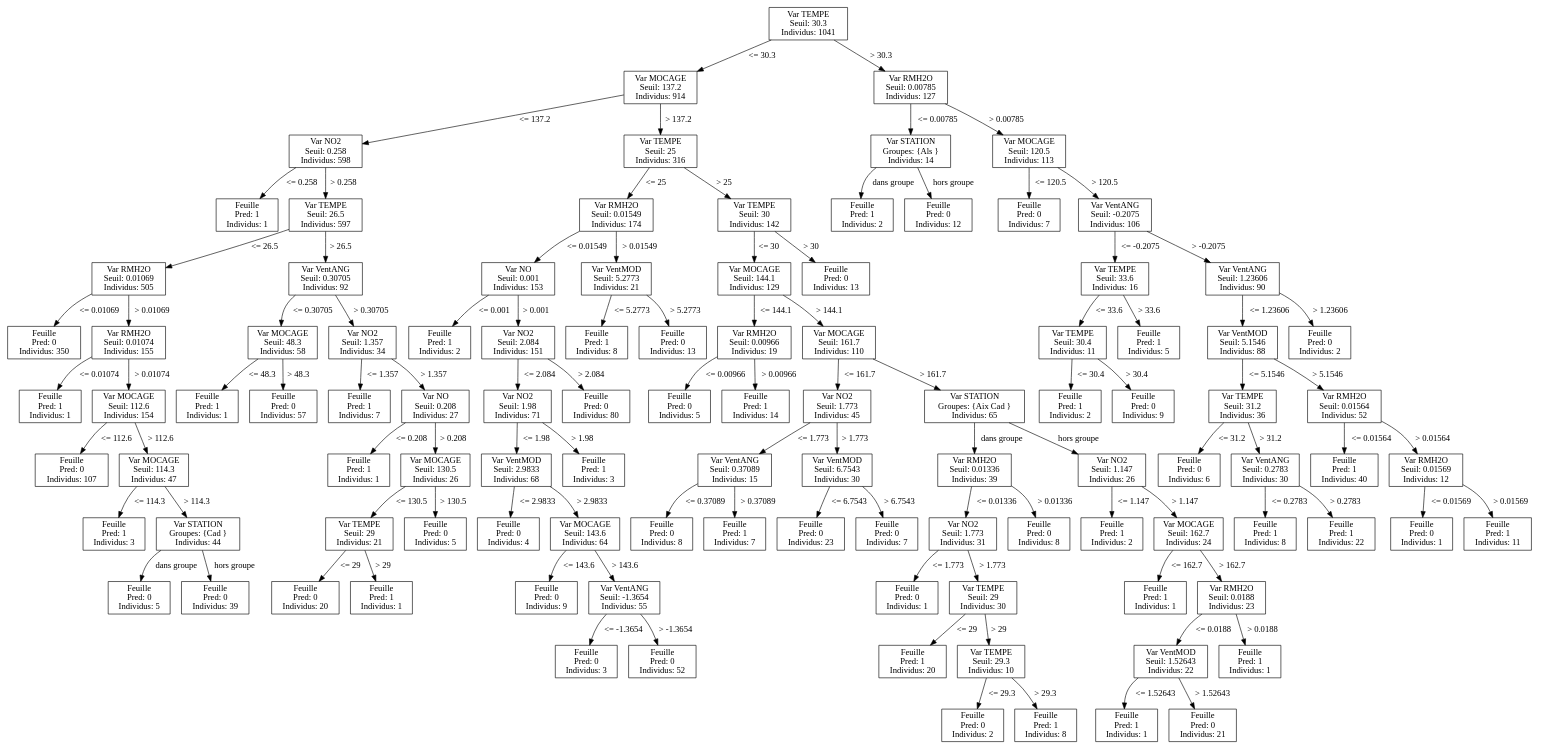
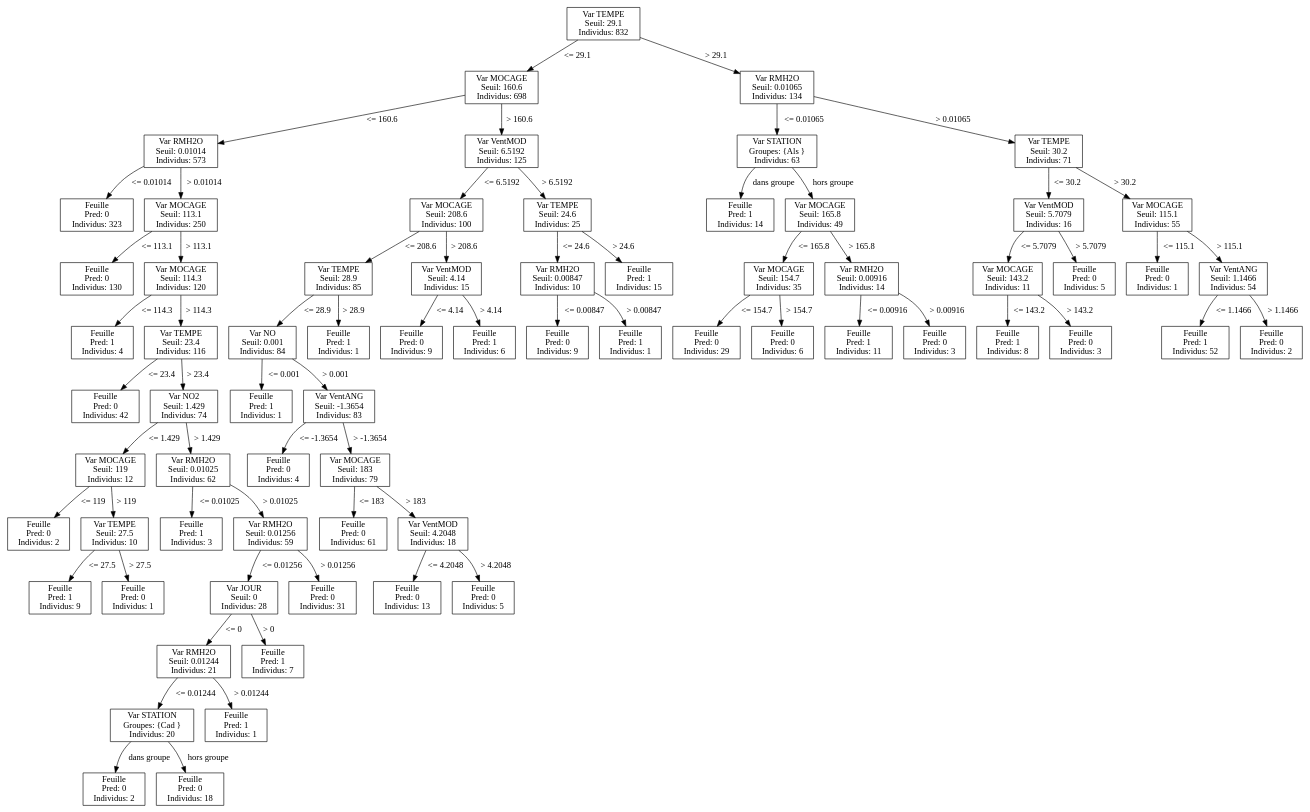
One commit to Narcisse-sudo/Binary-Tree-C- changed the diagram in ArbreNum0Bagging.dot. Above: the diagram before and after it, drawn with Graphviz. The commit also changed 6 other files, not shown here.

```diff
--- a/ArbreNum0Bagging.dot
+++ b/ArbreNum0Bagging.dot
@@ -1,212 +1,140 @@
 digraph Arbre {
   node [shape=box];
-  0 [label="Var TEMPE\nSeuil: 30.3\nIndividus: 1041"];
-  1 [label="Var MOCAGE\nSeuil: 137.2\nIndividus: 914"];
-  2 [label="Var NO2\nSeuil: 0.258\nIndividus: 598"];
-  3 [label="Feuille\n Pred: 1\nIndividus: 1"];
-  2 -> 3 [label="<= 0.258"];
-  4 [label="Var TEMPE\nSeuil: 26.5\nIndividus: 597"];
-  5 [label="Var RMH2O\nSeuil: 0.01069\nIndividus: 505"];
-  6 [label="Feuille\n Pred: 0\nIndividus: 350"];
-  5 -> 6 [label="<= 0.01069"];
-  7 [label="Var RMH2O\nSeuil: 0.01074\nIndividus: 155"];
-  8 [label="Feuille\n Pred: 1\nIndividus: 1"];
-  7 -> 8 [label="<= 0.01074"];
-  9 [label="Var MOCAGE\nSeuil: 112.6\nIndividus: 154"];
-  10 [label="Feuille\n Pred: 0\nIndividus: 107"];
-  9 -> 10 [label="<= 112.6"];
-  11 [label="Var MOCAGE\nSeuil: 114.3\nIndividus: 47"];
-  12 [label="Feuille\n Pred: 1\nIndividus: 3"];
-  11 -> 12 [label="<= 114.3"];
-  13 [label="Var STATION\nGroupes: {Cad }\nIndividus: 44"];
-  14 [label="Feuille\n Pred: 0\nIndividus: 5"];
-  13 -> 14 [label="dans groupe"];
-  15 [label="Feuille\n Pred: 0\nIndividus: 39"];
-  13 -> 15 [label="hors groupe"];
-  11 -> 13 [label="> 114.3"];
-  9 -> 11 [label="> 112.6"];
-  7 -> 9 [label="> 0.01074"];
-  5 -> 7 [label="> 0.01069"];
-  4 -> 5 [label="<= 26.5"];
-  16 [label="Var VentANG\nSeuil: 0.30705\nIndividus: 92"];
-  17 [label="Var MOCAGE\nSeuil: 48.3\nIndividus: 58"];
-  18 [label="Feuille\n Pred: 1\nIndividus: 1"];
-  17 -> 18 [label="<= 48.3"];
-  19 [label="Feuille\n Pred: 0\nIndividus: 57"];
-  17 -> 19 [label="> 48.3"];
-  16 -> 17 [label="<= 0.30705"];
-  20 [label="Var NO2\nSeuil: 1.357\nIndividus: 34"];
-  21 [label="Feuille\n Pred: 1\nIndividus: 7"];
-  20 -> 21 [label="<= 1.357"];
-  22 [label="Var NO\nSeuil: 0.208\nIndividus: 27"];
-  23 [label="Feuille\n Pred: 1\nIndividus: 1"];
-  22 -> 23 [label="<= 0.208"];
-  24 [label="Var MOCAGE\nSeuil: 130.5\nIndividus: 26"];
-  25 [label="Var TEMPE\nSeuil: 29\nIndividus: 21"];
-  26 [label="Feuille\n Pred: 0\nIndividus: 20"];
-  25 -> 26 [label="<= 29"];
-  27 [label="Feuille\n Pred: 1\nIndividus: 1"];
-  25 -> 27 [label="> 29"];
-  24 -> 25 [label="<= 130.5"];
-  28 [label="Feuille\n Pred: 0\nIndividus: 5"];
-  24 -> 28 [label="> 130.5"];
-  22 -> 24 [label="> 0.208"];
-  20 -> 22 [label="> 1.357"];
-  16 -> 20 [label="> 0.30705"];
-  4 -> 16 [label="> 26.5"];
-  2 -> 4 [label="> 0.258"];
-  1 -> 2 [label="<= 137.2"];
-  29 [label="Var TEMPE\nSeuil: 25\nIndividus: 316"];
-  30 [label="Var RMH2O\nSeuil: 0.01549\nIndividus: 174"];
-  31 [label="Var NO\nSeuil: 0.001\nIndividus: 153"];
-  32 [label="Feuille\n Pred: 1\nIndividus: 2"];
-  31 -> 32 [label="<= 0.001"];
-  33 [label="Var NO2\nSeuil: 2.084\nIndividus: 151"];
-  34 [label="Var NO2\nSeuil: 1.98\nIndividus: 71"];
-  35 [label="Var VentMOD\nSeuil: 2.9833\nIndividus: 68"];
-  36 [label="Feuille\n Pred: 0\nIndividus: 4"];
-  35 -> 36 [label="<= 2.9833"];
-  37 [label="Var MOCAGE\nSeuil: 143.6\nIndividus: 64"];
-  38 [label="Feuille\n Pred: 0\nIndividus: 9"];
-  37 -> 38 [label="<= 143.6"];
-  39 [label="Var VentANG\nSeuil: -1.3654\nIndividus: 55"];
-  40 [label="Feuille\n Pred: 0\nIndividus: 3"];
-  39 -> 40 [label="<= -1.3654"];
-  41 [label="Feuille\n Pred: 0\nIndividus: 52"];
-  39 -> 41 [label="> -1.3654"];
-  37 -> 39 [label="> 143.6"];
-  35 -> 37 [label="> 2.9833"];
-  34 -> 35 [label="<= 1.98"];
-  42 [label="Feuille\n Pred: 1\nIndividus: 3"];
-  34 -> 42 [label="> 1.98"];
-  33 -> 34 [label="<= 2.084"];
-  43 [label="Feuille\n Pred: 0\nIndividus: 80"];
-  33 -> 43 [label="> 2.084"];
-  31 -> 33 [label="> 0.001"];
-  30 -> 31 [label="<= 0.01549"];
-  44 [label="Var VentMOD\nSeuil: 5.2773\nIndividus: 21"];
-  45 [label="Feuille\n Pred: 1\nIndividus: 8"];
-  44 -> 45 [label="<= 5.2773"];
-  46 [label="Feuille\n Pred: 0\nIndividus: 13"];
-  44 -> 46 [label="> 5.2773"];
-  30 -> 44 [label="> 0.01549"];
-  29 -> 30 [label="<= 25"];
-  47 [label="Var TEMPE\nSeuil: 30\nIndividus: 142"];
-  48 [label="Var MOCAGE\nSeuil: 144.1\nIndividus: 129"];
-  49 [label="Var RMH2O\nSeuil: 0.00966\nIndividus: 19"];
-  50 [label="Feuille\n Pred: 0\nIndividus: 5"];
-  49 -> 50 [label="<= 0.00966"];
-  51 [label="Feuille\n Pred: 1\nIndividus: 14"];
-  49 -> 51 [label="> 0.00966"];
-  48 -> 49 [label="<= 144.1"];
-  52 [label="Var MOCAGE\nSeuil: 161.7\nIndividus: 110"];
-  53 [label="Var NO2\nSeuil: 1.773\nIndividus: 45"];
-  54 [label="Var VentANG\nSeuil: 0.37089\nIndividus: 15"];
-  55 [label="Feuille\n Pred: 0\nIndividus: 8"];
-  54 -> 55 [label="<= 0.37089"];
-  56 [label="Feuille\n Pred: 1\nIndividus: 7"];
-  54 -> 56 [label="> 0.37089"];
-  53 -> 54 [label="<= 1.773"];
-  57 [label="Var VentMOD\nSeuil: 6.7543\nIndividus: 30"];
-  58 [label="Feuille\n Pred: 0\nIndividus: 23"];
-  57 -> 58 [label="<= 6.7543"];
-  59 [label="Feuille\n Pred: 0\nIndividus: 7"];
-  57 -> 59 [label="> 6.7543"];
-  53 -> 57 [label="> 1.773"];
-  52 -> 53 [label="<= 161.7"];
-  60 [label="Var STATION\nGroupes: {Aix Cad }\nIndividus: 65"];
-  61 [label="Var RMH2O\nSeuil: 0.01336\nIndividus: 39"];
-  62 [label="Var NO2\nSeuil: 1.773\nIndividus: 31"];
-  63 [label="Feuille\n Pred: 0\nIndividus: 1"];
-  62 -> 63 [label="<= 1.773"];
-  64 [label="Var TEMPE\nSeuil: 29\nIndividus: 30"];
-  65 [label="Feuille\n Pred: 1\nIndividus: 20"];
-  64 -> 65 [label="<= 29"];
-  66 [label="Var TEMPE\nSeuil: 29.3\nIndividus: 10"];
-  67 [label="Feuille\n Pred: 0\nIndividus: 2"];
-  66 -> 67 [label="<= 29.3"];
-  68 [label="Feuille\n Pred: 1\nIndividus: 8"];
-  66 -> 68 [label="> 29.3"];
-  64 -> 66 [label="> 29"];
-  62 -> 64 [label="> 1.773"];
-  61 -> 62 [label="<= 0.01336"];
-  69 [label="Feuille\n Pred: 0\nIndividus: 8"];
-  61 -> 69 [label="> 0.01336"];
-  60 -> 61 [label="dans groupe"];
-  70 [label="Var NO2\nSeuil: 1.147\nIndividus: 26"];
-  71 [label="Feuille\n Pred: 1\nIndividus: 2"];
-  70 -> 71 [label="<= 1.147"];
-  72 [label="Var MOCAGE\nSeuil: 162.7\nIndividus: 24"];
-  73 [label="Feuille\n Pred: 1\nIndividus: 1"];
-  72 -> 73 [label="<= 162.7"];
-  74 [label="Var RMH2O\nSeuil: 0.0188\nIndividus: 23"];
-  75 [label="Var VentMOD\nSeuil: 1.52643\nIndividus: 22"];
-  76 [label="Feuille\n Pred: 1\nIndividus: 1"];
-  75 -> 76 [label="<= 1.52643"];
-  77 [label="Feuille\n Pred: 0\nIndividus: 21"];
-  75 -> 77 [label="> 1.52643"];
-  74 -> 75 [label="<= 0.0188"];
-  78 [label="Feuille\n Pred: 1\nIndividus: 1"];
-  74 -> 78 [label="> 0.0188"];
-  72 -> 74 [label="> 162.7"];
-  70 -> 72 [label="> 1.147"];
-  60 -> 70 [label="hors groupe"];
-  52 -> 60 [label="> 161.7"];
-  48 -> 52 [label="> 144.1"];
-  47 -> 48 [label="<= 30"];
-  79 [label="Feuille\n Pred: 0\nIndividus: 13"];
-  47 -> 79 [label="> 30"];
-  29 -> 47 [label="> 25"];
-  1 -> 29 [label="> 137.2"];
-  0 -> 1 [label="<= 30.3"];
-  80 [label="Var RMH2O\nSeuil: 0.00785\nIndividus: 127"];
-  81 [label="Var STATION\nGroupes: {Als }\nIndividus: 14"];
-  82 [label="Feuille\n Pred: 1\nIndividus: 2"];
-  81 -> 82 [label="dans groupe"];
-  83 [label="Feuille\n Pred: 0\nIndividus: 12"];
-  81 -> 83 [label="hors groupe"];
-  80 -> 81 [label="<= 0.00785"];
-  84 [label="Var MOCAGE\nSeuil: 120.5\nIndividus: 113"];
-  85 [label="Feuille\n Pred: 0\nIndividus: 7"];
-  84 -> 85 [label="<= 120.5"];
-  86 [label="Var VentANG\nSeuil: -0.2075\nIndividus: 106"];
-  87 [label="Var TEMPE\nSeuil: 33.6\nIndividus: 16"];
-  88 [label="Var TEMPE\nSeuil: 30.4\nIndividus: 11"];
-  89 [label="Feuille\n Pred: 1\nIndividus: 2"];
-  88 -> 89 [label="<= 30.4"];
-  90 [label="Feuille\n Pred: 0\nIndividus: 9"];
-  88 -> 90 [label="> 30.4"];
-  87 -> 88 [label="<= 33.6"];
-  91 [label="Feuille\n Pred: 1\nIndividus: 5"];
-  87 -> 91 [label="> 33.6"];
-  86 -> 87 [label="<= -0.2075"];
-  92 [label="Var VentANG\nSeuil: 1.23606\nIndividus: 90"];
-  93 [label="Var VentMOD\nSeuil: 5.1546\nIndividus: 88"];
-  94 [label="Var TEMPE\nSeuil: 31.2\nIndividus: 36"];
-  95 [label="Feuille\n Pred: 0\nIndividus: 6"];
-  94 -> 95 [label="<= 31.2"];
-  96 [label="Var VentANG\nSeuil: 0.2783\nIndividus: 30"];
-  97 [label="Feuille\n Pred: 1\nIndividus: 8"];
-  96 -> 97 [label="<= 0.2783"];
-  98 [label="Feuille\n Pred: 1\nIndividus: 22"];
-  96 -> 98 [label="> 0.2783"];
-  94 -> 96 [label="> 31.2"];
-  93 -> 94 [label="<= 5.1546"];
-  99 [label="Var RMH2O\nSeuil: 0.01564\nIndividus: 52"];
-  100 [label="Feuille\n Pred: 1\nIndividus: 40"];
-  99 -> 100 [label="<= 0.01564"];
-  101 [label="Var RMH2O\nSeuil: 0.01569\nIndividus: 12"];
-  102 [label="Feuille\n Pred: 0\nIndividus: 1"];
-  101 -> 102 [label="<= 0.01569"];
-  103 [label="Feuille\n Pred: 1\nIndividus: 11"];
-  101 -> 103 [label="> 0.01569"];
-  99 -> 101 [label="> 0.01564"];
-  93 -> 99 [label="> 5.1546"];
-  92 -> 93 [label="<= 1.23606"];
-  104 [label="Feuille\n Pred: 0\nIndividus: 2"];
-  92 -> 104 [label="> 1.23606"];
-  86 -> 92 [label="> -0.2075"];
-  84 -> 86 [label="> 120.5"];
-  80 -> 84 [label="> 0.00785"];
-  0 -> 80 [label="> 30.3"];
+  0 [label="Var TEMPE\nSeuil: 29.1\nIndividus: 832"];
+  1 [label="Var MOCAGE\nSeuil: 160.6\nIndividus: 698"];
+  2 [label="Var RMH2O\nSeuil: 0.01014\nIndividus: 573"];
+  3 [label="Feuille\n Pred: 0\nIndividus: 323"];
+  2 -> 3 [label="<= 0.01014"];
+  4 [label="Var MOCAGE\nSeuil: 113.1\nIndividus: 250"];
+  5 [label="Feuille\n Pred: 0\nIndividus: 130"];
+  4 -> 5 [label="<= 113.1"];
+  6 [label="Var MOCAGE\nSeuil: 114.3\nIndividus: 120"];
+  7 [label="Feuille\n Pred: 1\nIndividus: 4"];
+  6 -> 7 [label="<= 114.3"];
+  8 [label="Var TEMPE\nSeuil: 23.4\nIndividus: 116"];
+  9 [label="Feuille\n Pred: 0\nIndividus: 42"];
+  8 -> 9 [label="<= 23.4"];
+  10 [label="Var NO2\nSeuil: 1.429\nIndividus: 74"];
+  11 [label="Var MOCAGE\nSeuil: 119\nIndividus: 12"];
+  12 [label="Feuille\n Pred: 0\nIndividus: 2"];
+  11 -> 12 [label="<= 119"];
+  13 [label="Var TEMPE\nSeuil: 27.5\nIndividus: 10"];
+  14 [label="Feuille\n Pred: 1\nIndividus: 9"];
+  13 -> 14 [label="<= 27.5"];
+  15 [label="Feuille\n Pred: 0\nIndividus: 1"];
+  13 -> 15 [label="> 27.5"];
+  11 -> 13 [label="> 119"];
+  10 -> 11 [label="<= 1.429"];
+  16 [label="Var RMH2O\nSeuil: 0.01025\nIndividus: 62"];
+  17 [label="Feuille\n Pred: 1\nIndividus: 3"];
+  16 -> 17 [label="<= 0.01025"];
+  18 [label="Var RMH2O\nSeuil: 0.01256\nIndividus: 59"];
+  19 [label="Var JOUR\nSeuil: 0\nIndividus: 28"];
+  20 [label="Var RMH2O\nSeuil: 0.01244\nIndividus: 21"];
+  21 [label="Var STATION\nGroupes: {Cad }\nIndividus: 20"];
+  22 [label="Feuille\n Pred: 0\nIndividus: 2"];
+  21 -> 22 [label="dans groupe"];
+  23 [label="Feuille\n Pred: 0\nIndividus: 18"];
+  21 -> 23 [label="hors groupe"];
+  20 -> 21 [label="<= 0.01244"];
+  24 [label="Feuille\n Pred: 1\nIndividus: 1"];
+  20 -> 24 [label="> 0.01244"];
+  19 -> 20 [label="<= 0"];
+  25 [label="Feuille\n Pred: 1\nIndividus: 7"];
+  19 -> 25 [label="> 0"];
+  18 -> 19 [label="<= 0.01256"];
+  26 [label="Feuille\n Pred: 0\nIndividus: 31"];
+  18 -> 26 [label="> 0.01256"];
+  16 -> 18 [label="> 0.01025"];
+  10 -> 16 [label="> 1.429"];
+  8 -> 10 [label="> 23.4"];
+  6 -> 8 [label="> 114.3"];
+  4 -> 6 [label="> 113.1"];
+  2 -> 4 [label="> 0.01014"];
+  1 -> 2 [label="<= 160.6"];
+  27 [label="Var VentMOD\nSeuil: 6.5192\nIndividus: 125"];
+  28 [label="Var MOCAGE\nSeuil: 208.6\nIndividus: 100"];
+  29 [label="Var TEMPE\nSeuil: 28.9\nIndividus: 85"];
+  30 [label="Var NO\nSeuil: 0.001\nIndividus: 84"];
+  31 [label="Feuille\n Pred: 1\nIndividus: 1"];
+  30 -> 31 [label="<= 0.001"];
+  32 [label="Var VentANG\nSeuil: -1.3654\nIndividus: 83"];
+  33 [label="Feuille\n Pred: 0\nIndividus: 4"];
+  32 -> 33 [label="<= -1.3654"];
+  34 [label="Var MOCAGE\nSeuil: 183\nIndividus: 79"];
+  35 [label="Feuille\n Pred: 0\nIndividus: 61"];
+  34 -> 35 [label="<= 183"];
+  36 [label="Var VentMOD\nSeuil: 4.2048\nIndividus: 18"];
+  37 [label="Feuille\n Pred: 0\nIndividus: 13"];
+  36 -> 37 [label="<= 4.2048"];
+  38 [label="Feuille\n Pred: 0\nIndividus: 5"];
+  36 -> 38 [label="> 4.2048"];
+  34 -> 36 [label="> 183"];
+  32 -> 34 [label="> -1.3654"];
+  30 -> 32 [label="> 0.001"];
+  29 -> 30 [label="<= 28.9"];
+  39 [label="Feuille\n Pred: 1\nIndividus: 1"];
+  29 -> 39 [label="> 28.9"];
+  28 -> 29 [label="<= 208.6"];
+  40 [label="Var VentMOD\nSeuil: 4.14\nIndividus: 15"];
+  41 [label="Feuille\n Pred: 0\nIndividus: 9"];
+  40 -> 41 [label="<= 4.14"];
+  42 [label="Feuille\n Pred: 1\nIndividus: 6"];
+  40 -> 42 [label="> 4.14"];
+  28 -> 40 [label="> 208.6"];
+  27 -> 28 [label="<= 6.5192"];
+  43 [label="Var TEMPE\nSeuil: 24.6\nIndividus: 25"];
+  44 [label="Var RMH2O\nSeuil: 0.00847\nIndividus: 10"];
+  45 [label="Feuille\n Pred: 0\nIndividus: 9"];
+  44 -> 45 [label="<= 0.00847"];
+  46 [label="Feuille\n Pred: 1\nIndividus: 1"];
+  44 -> 46 [label="> 0.00847"];
+  43 -> 44 [label="<= 24.6"];
+  47 [label="Feuille\n Pred: 1\nIndividus: 15"];
+  43 -> 47 [label="> 24.6"];
+  27 -> 43 [label="> 6.5192"];
+  1 -> 27 [label="> 160.6"];
+  0 -> 1 [label="<= 29.1"];
+  48 [label="Var RMH2O\nSeuil: 0.01065\nIndividus: 134"];
+  49 [label="Var STATION\nGroupes: {Als }\nIndividus: 63"];
+  50 [label="Feuille\n Pred: 1\nIndividus: 14"];
+  49 -> 50 [label="dans groupe"];
+  51 [label="Var MOCAGE\nSeuil: 165.8\nIndividus: 49"];
+  52 [label="Var MOCAGE\nSeuil: 154.7\nIndividus: 35"];
+  53 [label="Feuille\n Pred: 0\nIndividus: 29"];
+  52 -> 53 [label="<= 154.7"];
+  54 [label="Feuille\n Pred: 0\nIndividus: 6"];
+  52 -> 54 [label="> 154.7"];
+  51 -> 52 [label="<= 165.8"];
+  55 [label="Var RMH2O\nSeuil: 0.00916\nIndividus: 14"];
+  56 [label="Feuille\n Pred: 1\nIndividus: 11"];
+  55 -> 56 [label="<= 0.00916"];
+  57 [label="Feuille\n Pred: 0\nIndividus: 3"];
+  55 -> 57 [label="> 0.00916"];
+  51 -> 55 [label="> 165.8"];
+  49 -> 51 [label="hors groupe"];
+  48 -> 49 [label="<= 0.01065"];
+  58 [label="Var TEMPE\nSeuil: 30.2\nIndividus: 71"];
+  59 [label="Var VentMOD\nSeuil: 5.7079\nIndividus: 16"];
+  60 [label="Var MOCAGE\nSeuil: 143.2\nIndividus: 11"];
+  61 [label="Feuille\n Pred: 1\nIndividus: 8"];
+  60 -> 61 [label="<= 143.2"];
+  62 [label="Feuille\n Pred: 0\nIndividus: 3"];
+  60 -> 62 [label="> 143.2"];
+  59 -> 60 [label="<= 5.7079"];
+  63 [label="Feuille\n Pred: 0\nIndividus: 5"];
+  59 -> 63 [label="> 5.7079"];
+  58 -> 59 [label="<= 30.2"];
+  64 [label="Var MOCAGE\nSeuil: 115.1\nIndividus: 55"];
+  65 [label="Feuille\n Pred: 0\nIndividus: 1"];
+  64 -> 65 [label="<= 115.1"];
+  66 [label="Var VentANG\nSeuil: 1.1466\nIndividus: 54"];
+  67 [label="Feuille\n Pred: 1\nIndividus: 52"];
+  66 -> 67 [label="<= 1.1466"];
+  68 [label="Feuille\n Pred: 0\nIndividus: 2"];
+  66 -> 68 [label="> 1.1466"];
+  64 -> 66 [label="> 115.1"];
+  58 -> 64 [label="> 30.2"];
+  48 -> 58 [label="> 0.01065"];
+  0 -> 48 [label="> 29.1"];
 }
```
